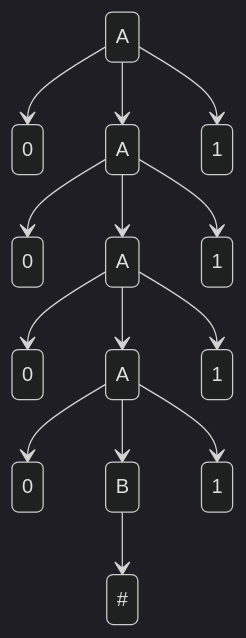
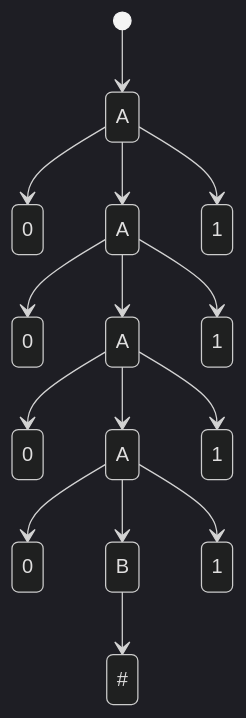
The diagram in TeoriaDaComputacao/capitulos/cap2.md (GALSANTA/myknowledge), drawn with Mermaid (dark theme) before and after one commit. The commit also changed other lines of this file, not shown here.

````diff
--- a/TeoriaDaComputacao/capitulos/cap2.md
+++ b/TeoriaDaComputacao/capitulos/cap2.md
@@ -49,30 +48,31 @@
 ```mermaid
   stateDiagram-v2
-    r10: 0
-    r20: 0
-    r30: 0
-    r40: 0
-    q1:A
-    q2: A
-    q3: A
-    q4: A
-    q5: B
-    q6: #
-    r11: 1
-    r21: 1
-    r31: 1
-    r41: 1
-      q1-->r11: 
-      q1-->r10: 
-      q1-->q2: 
-      q2-->r21: 
-      q2-->r20: 
-      q2-->q3: 
-      q3-->r31: 
-      q3-->r30: 
-      q3-->q4: 
-      q4-->r41: 
-      q4-->r40: 
-      q4-->q5: 
-      q5-->q6: 
+  r10: 0
+  r20: 0
+  r30: 0
+  r40: 0
+  q1:A
+  q2: A
+  q3: A
+  q4: A
+  q5: B
+  q6: #
+  r11: 1
+  r21: 1
+  r31: 1
+  r41: 1
+    [*] --> q1
+    q1--> r11 
+    q1--> r10 
+    q1--> q2 
+    q2--> r21 
+    q2--> r20 
+    q2--> q3 
+    q3--> r31 
+    q3--> r30 
+    q3--> q4 
+    q4--> r41 
+    q4--> r40 
+    q4--> q5 
+    q5--> q6 
 ```
````
